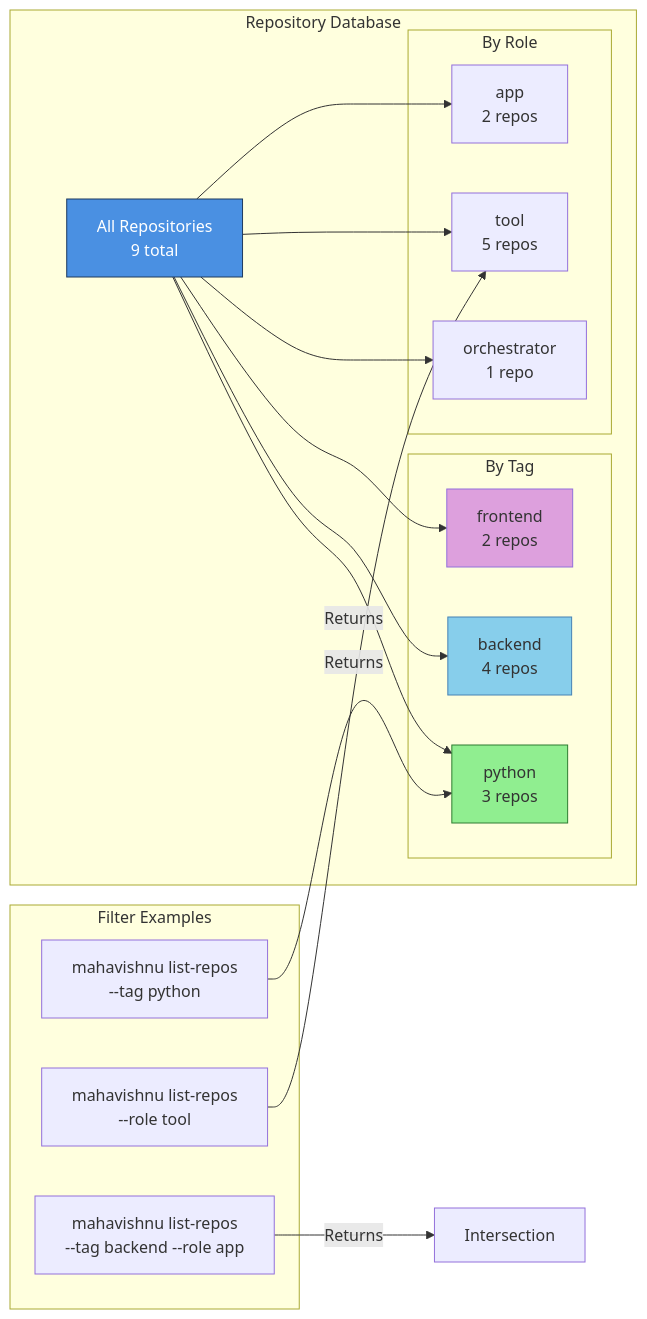
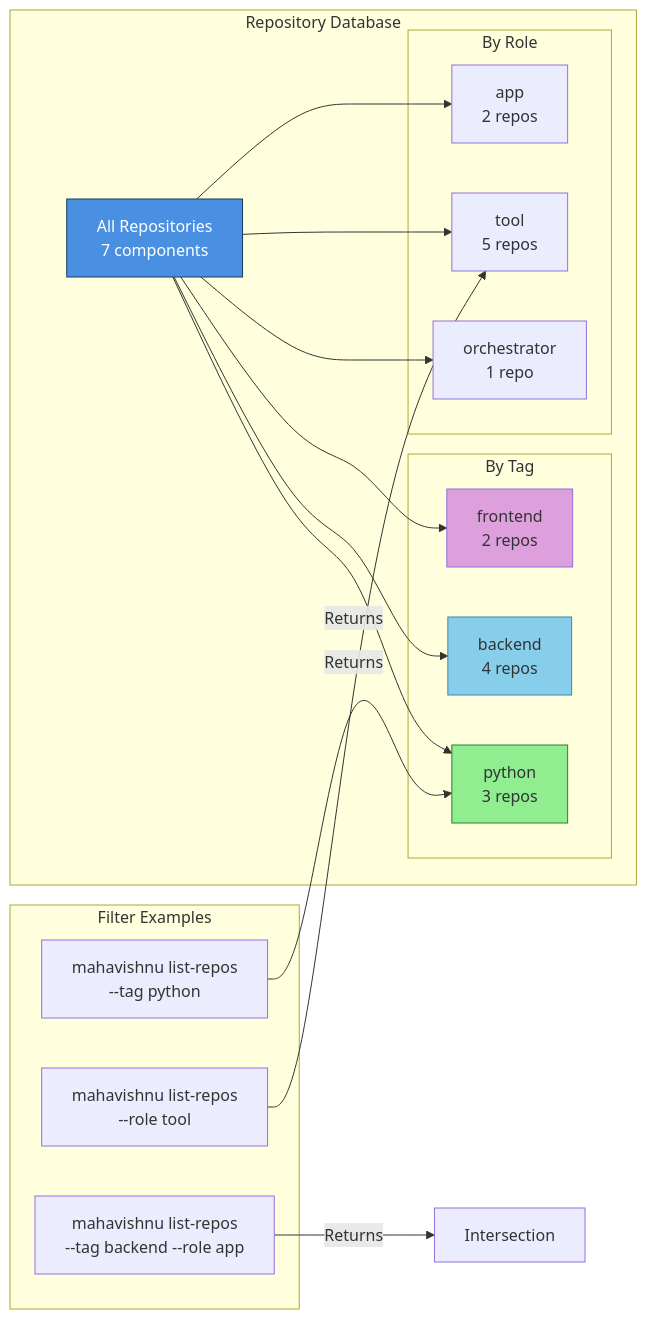
The seventh of 16 diagrams in docs/WORKFLOW_DIAGRAMS.md (lesleslie/mahavishnu), drawn with Mermaid before and after one commit.

Commit message:
fix(mahavishnu): update repo count 9 → 7 in tag-based filtering

````diff
--- a/docs/WORKFLOW_DIAGRAMS.md
+++ b/docs/WORKFLOW_DIAGRAMS.md
@@ -216,40 +216,40 @@
 ```mermaid
 graph LR
     subgraph "Repository Database"
-        AllRepos[All Repositories<br/>9 total]
+        AllRepos[All Repositories<br/>7 components]
 
         subgraph "By Tag"
             Python[python<br/>3 repos]
             Backend[backend<br/>4 repos]
             Frontend[frontend<br/>2 repos]
         end
 
         subgraph "By Role"
             Orch[orchestrator<br/>1 repo]
             Tool[tool<br/>5 repos]
             App[app<br/>2 repos]
         end
     end
 
     subgraph "Filter Examples"
         F1[mahavishnu list-repos<br/>--tag python]
         F2[mahavishnu list-repos<br/>--role tool]
         F3[mahavishnu list-repos<br/>--tag backend --role app]
     end
 
     AllRepos --> Python
     AllRepos --> Backend
     AllRepos --> Frontend
     AllRepos --> Orch
     AllRepos --> Tool
     AllRepos --> App
 
     F1 -->|Returns| Python
     F2 -->|Returns| Tool
     F3 -->|Returns| Intersection
 
     style AllRepos fill:#4A90E2,stroke:#1E3A5F,color:#fff
     style Python fill:#90EE90,stroke:#2E7D32
     style Backend fill:#87CEEB,stroke:#4682B4
     style Frontend fill:#DDA0DD,stroke:#9370DB
 ```
````
